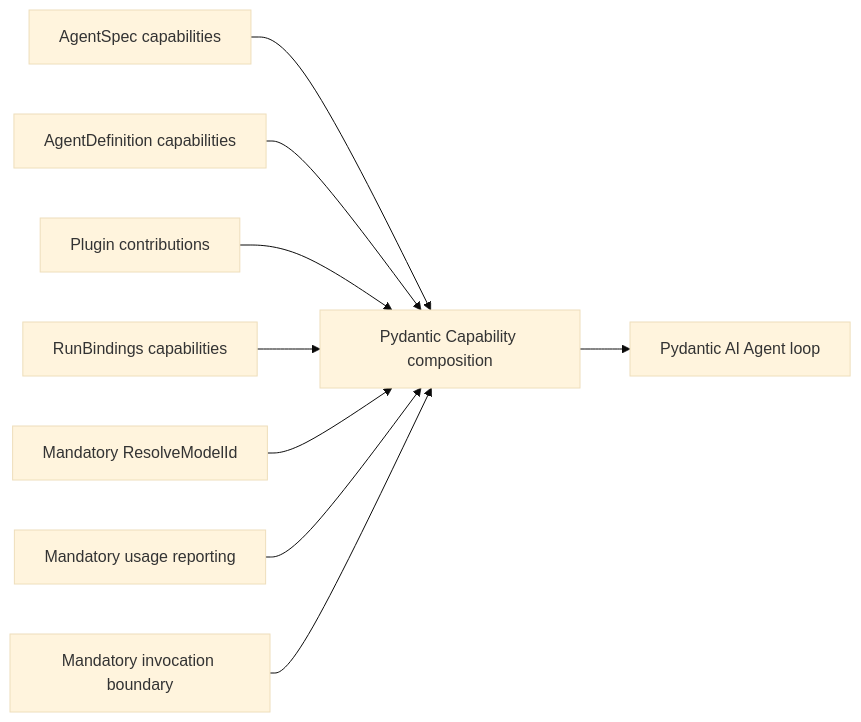
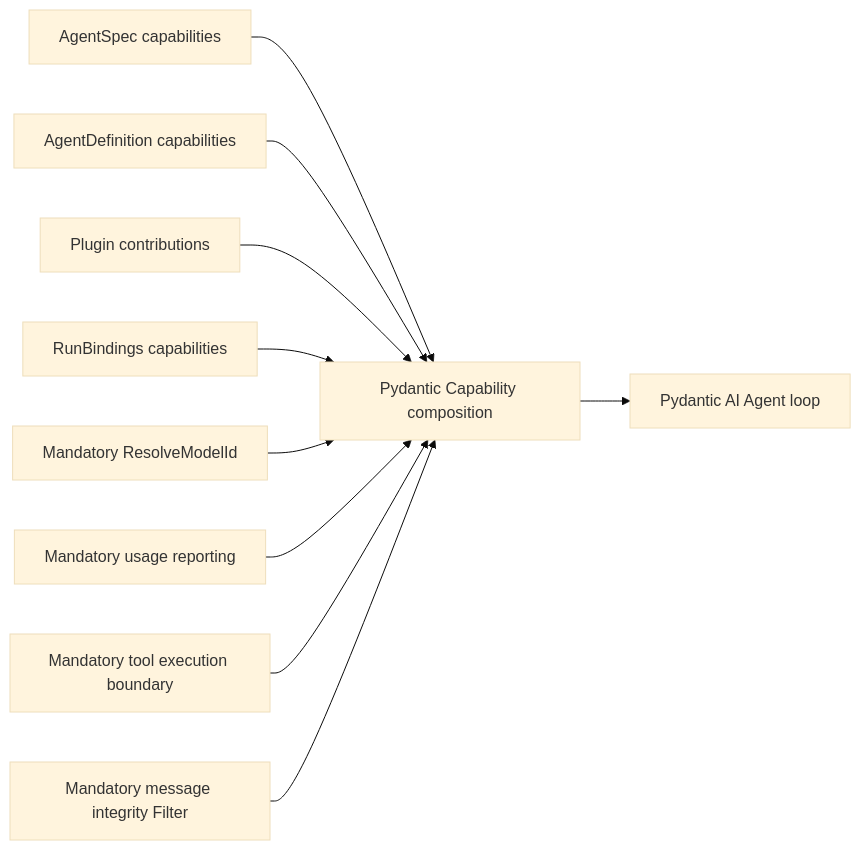
The diagram in spec/agent-harness/17-core-capability-catalog.md (LTThreeComma/agent-foundation), drawn with Mermaid (base theme) before and after one commit. The commit also changed other lines of this file and 77 other files, not shown here.

````diff
--- a/spec/agent-harness/17-core-capability-catalog.md
+++ b/spec/agent-harness/17-core-capability-catalog.md
@@ -54,11 +57,12 @@
 ```mermaid
 flowchart LR
     Spec[AgentSpec capabilities] --> PAI[Pydantic Capability composition]
     Build[AgentDefinition capabilities] --> PAI
     Plugin[Plugin contributions] --> PAI
     Run[RunBindings capabilities] --> PAI
     Resolver[Mandatory ResolveModelId] --> PAI
     Usage[Mandatory usage reporting] --> PAI
-    Boundary[Mandatory invocation boundary] --> PAI
+    Boundary[Mandatory tool execution boundary] --> PAI
+    Integrity[Mandatory message integrity Filter] --> PAI
     PAI --> Agent[Pydantic AI Agent loop]
 ```
````
